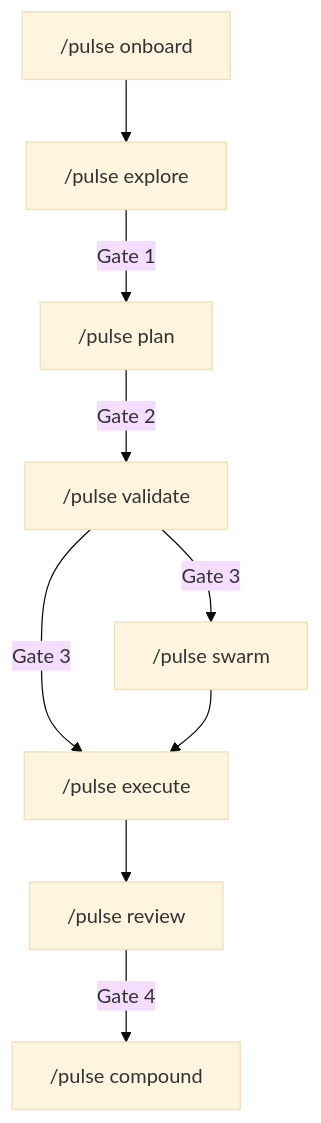
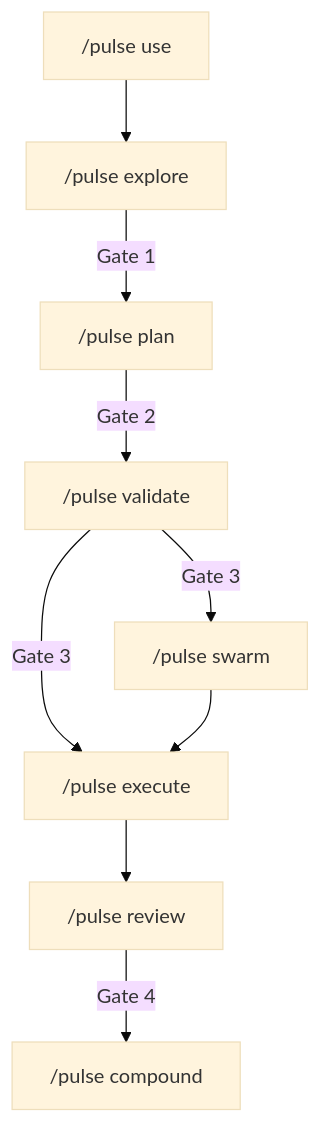
One commit to quanpersie2001/pulse changed the diagram in docs/ARCHITECTURE.md. Above: the diagram before and after it, drawn with Mermaid (base theme). The commit also changed other lines of this file and 7 other files, not shown here.

````diff
--- a/docs/ARCHITECTURE.md
+++ b/docs/ARCHITECTURE.md
@@ -20,11 +20,11 @@
 ```mermaid
 flowchart TD
-    OB["/pulse onboard"] --> EX["/pulse explore"]
+    US["/pulse use"] --> EX["/pulse explore"]
     EX -->|Gate 1| PL["/pulse plan"]
     PL -->|Gate 2| VA["/pulse validate"]
     VA -->|Gate 3| SW["/pulse swarm"]
     VA -->|Gate 3| WK["/pulse execute"]
     SW --> WK
     WK --> RV["/pulse review"]
     RV -->|Gate 4| CP["/pulse compound"]
 ```
````
